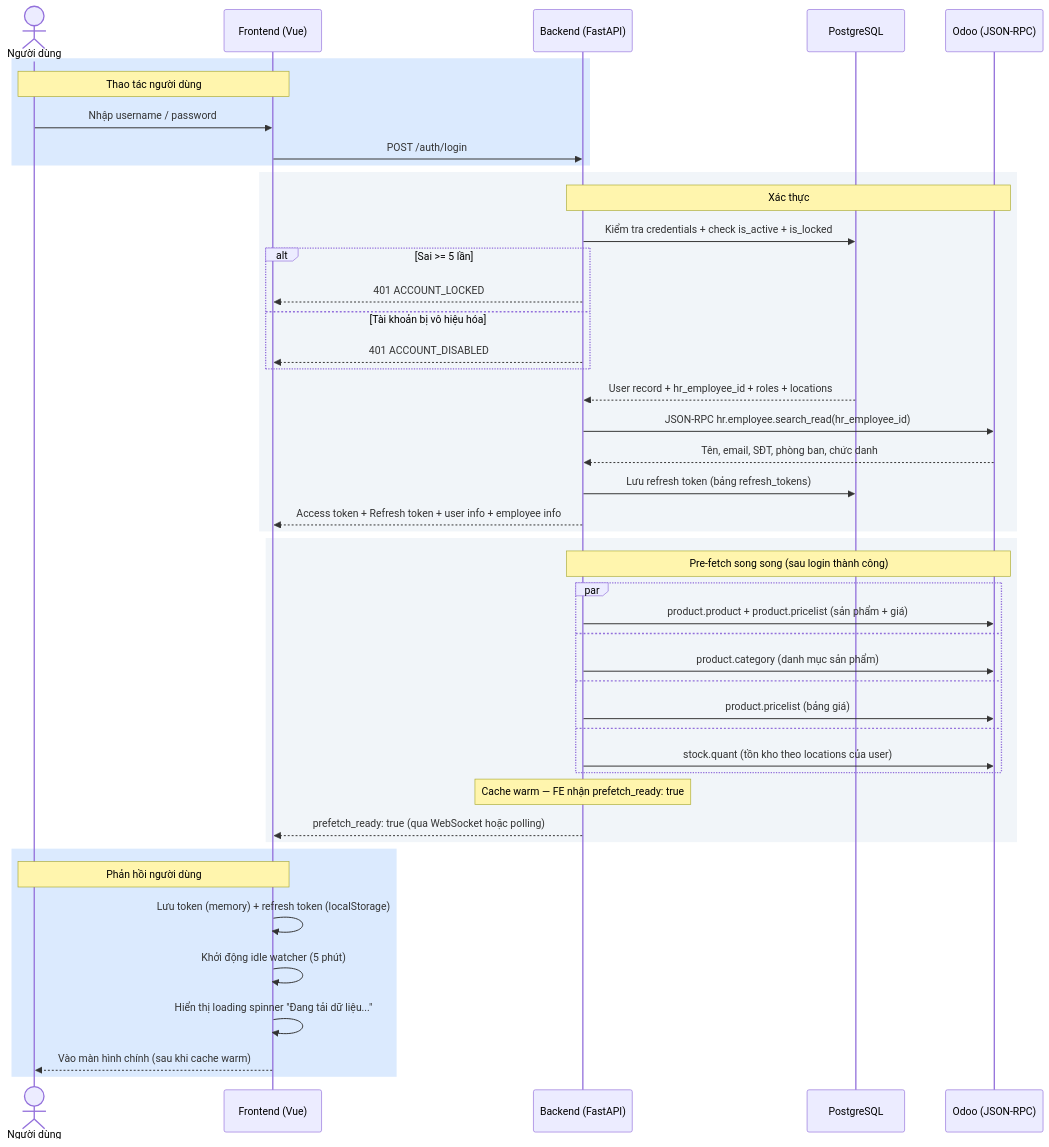
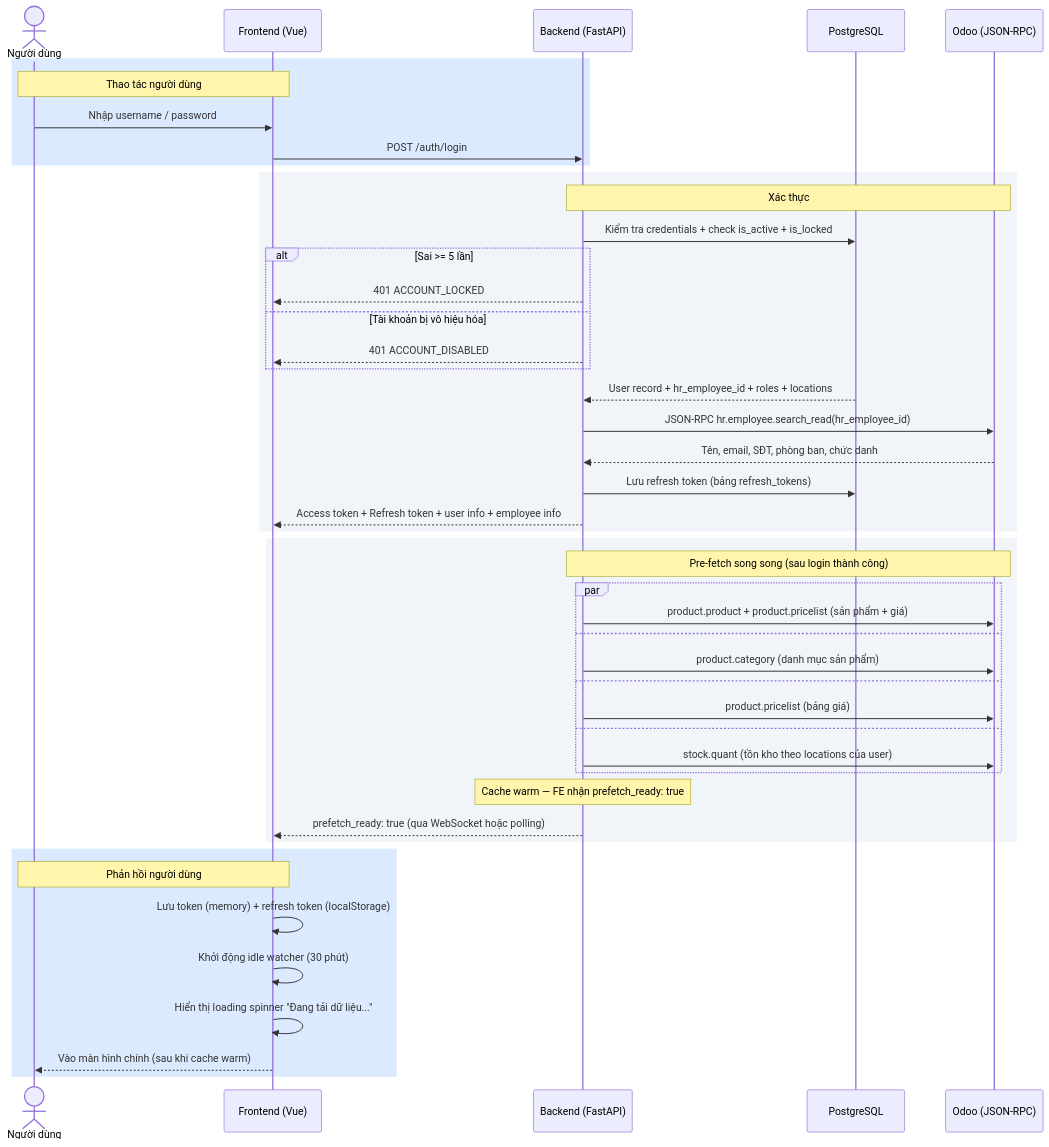
One commit to ngohuuduc/VJ_mobile_POS changed the eighth of 19 diagrams in process_flow.md. Above: the diagram before and after it, drawn with Mermaid. The commit also changed other lines of this file and 1 other file, not shown here.

First line of the commit message:
docs: Postgres on separate host (external DB) + forgot-password entry + idle 30min

````diff
--- a/process_flow.md
+++ b/process_flow.md
@@ -400,49 +401,49 @@
 ```mermaid
 sequenceDiagram
     actor User as Người dùng
     participant FE as Frontend (Vue)
     participant BE as Backend (FastAPI)
     participant DB as PostgreSQL
     participant Odoo as Odoo (JSON-RPC)
 
     rect rgb(219, 234, 254)
         Note over User,FE: Thao tác người dùng
         User->>FE: Nhập username / password
         FE->>BE: POST /auth/login
     end
     rect rgb(241, 245, 249)
         Note over BE,Odoo: Xác thực
         BE->>DB: Kiểm tra credentials + check is_active + is_locked
         alt Sai >= 5 lần
             BE-->>FE: 401 ACCOUNT_LOCKED
         else Tài khoản bị vô hiệu hóa
             BE-->>FE: 401 ACCOUNT_DISABLED
         end
         DB-->>BE: User record + hr_employee_id + roles + locations
         BE->>Odoo: JSON-RPC hr.employee.search_read(hr_employee_id)
         Odoo-->>BE: Tên, email, SĐT, phòng ban, chức danh
         BE->>DB: Lưu refresh token (bảng refresh_tokens)
         BE-->>FE: Access token + Refresh token + user info + employee info
     end
     rect rgb(241, 245, 249)
         Note over BE,Odoo: Pre-fetch song song (sau login thành công)
         par
             BE->>Odoo: product.product + product.pricelist (sản phẩm + giá)
         and
             BE->>Odoo: product.category (danh mục sản phẩm)
         and
             BE->>Odoo: product.pricelist (bảng giá)
         and
             BE->>Odoo: stock.quant (tồn kho theo locations của user)
         end
         Note over BE: Cache warm — FE nhận prefetch_ready: true
         BE-->>FE: prefetch_ready: true (qua WebSocket hoặc polling)
     end
     rect rgb(219, 234, 254)
         Note over FE,User: Phản hồi người dùng
         FE->>FE: Lưu token (memory) + refresh token (localStorage)
-        FE->>FE: Khởi động idle watcher (5 phút)
+        FE->>FE: Khởi động idle watcher (30 phút)
         FE->>FE: Hiển thị loading spinner "Đang tải dữ liệu..."
         FE-->>User: Vào màn hình chính (sau khi cache warm)
     end
 ```
````
